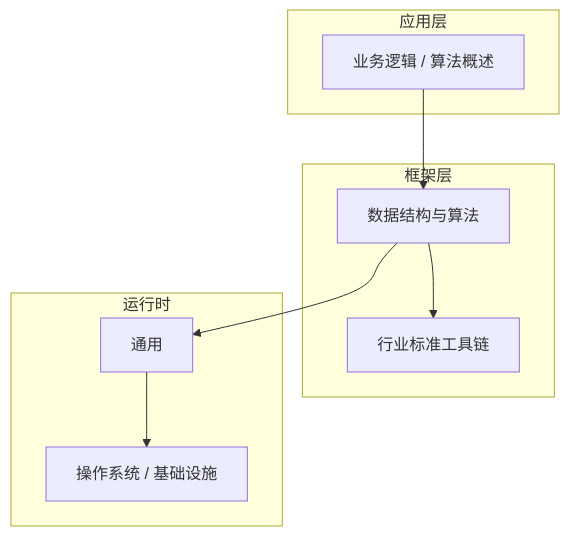
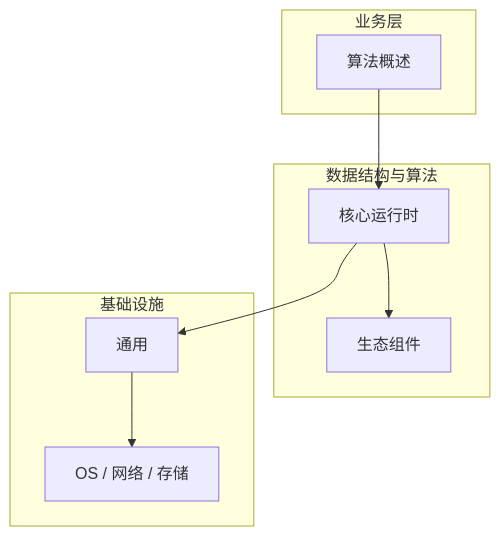
Before and after one commit to yanggan2015/knowledge-json-v2: the diagram in articles/数据结构与算法/chapters/001-算法概述核心概念与原理.md, drawn with Mermaid. The commit also changed other lines of this file and 10127 other files, not shown here.

````diff
--- a/articles/数据结构与算法/chapters/001-算法概述核心概念与原理.md
+++ b/articles/数据结构与算法/chapters/001-算法概述核心概念与原理.md
@@ -45,18 +30,18 @@
 ```mermaid
 graph TB
-    subgraph 应用层
-        A[业务逻辑 / 算法概述]
+    subgraph 业务层
+        A[算法概述]
     end
-    subgraph 框架层
-        B[数据结构与算法]
-        C[行业标准工具链]
+    subgraph 数据结构与算法
+        B[核心运行时]
+        C[生态组件]
     end
-    subgraph 运行时
+    subgraph 基础设施
         D[通用]
-        E[操作系统 / 基础设施]
+        E[OS / 网络 / 存储]
     end
     A --> B
     B --> C
     B --> D
     D --> E
 ```
````
